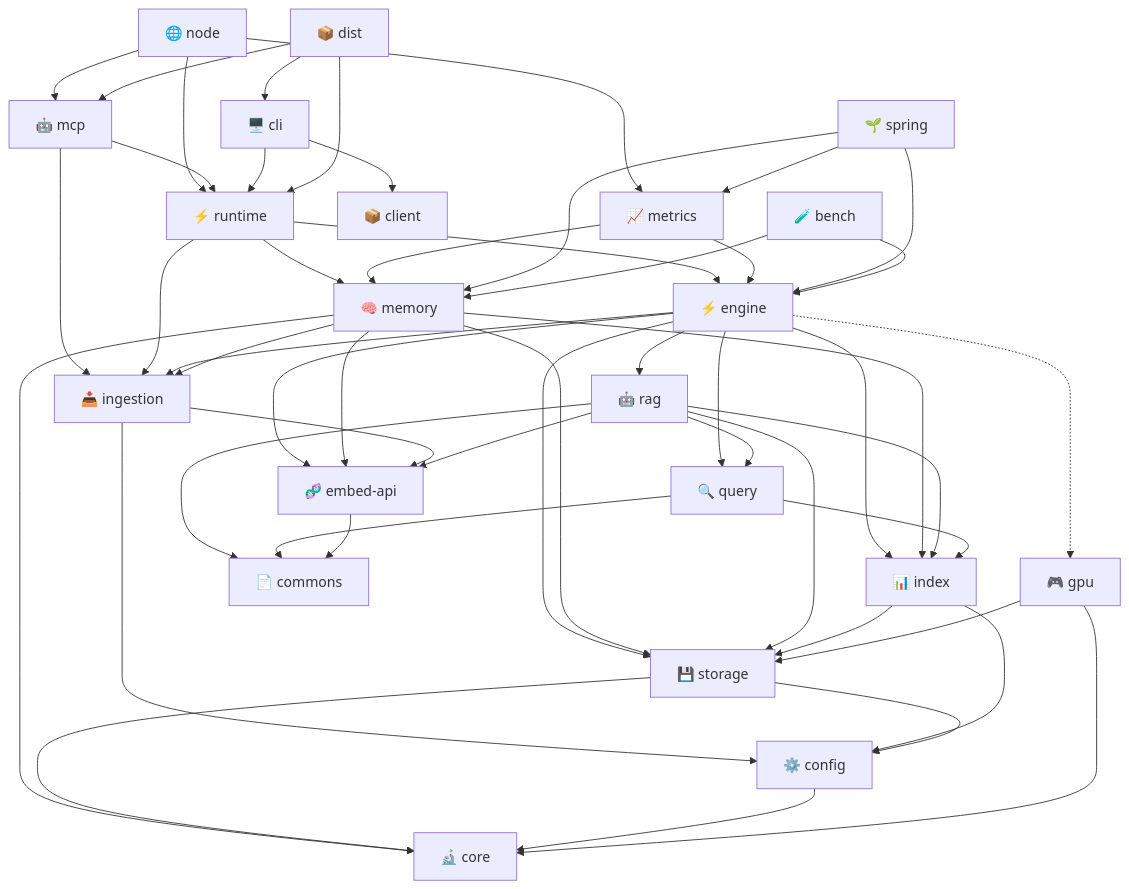
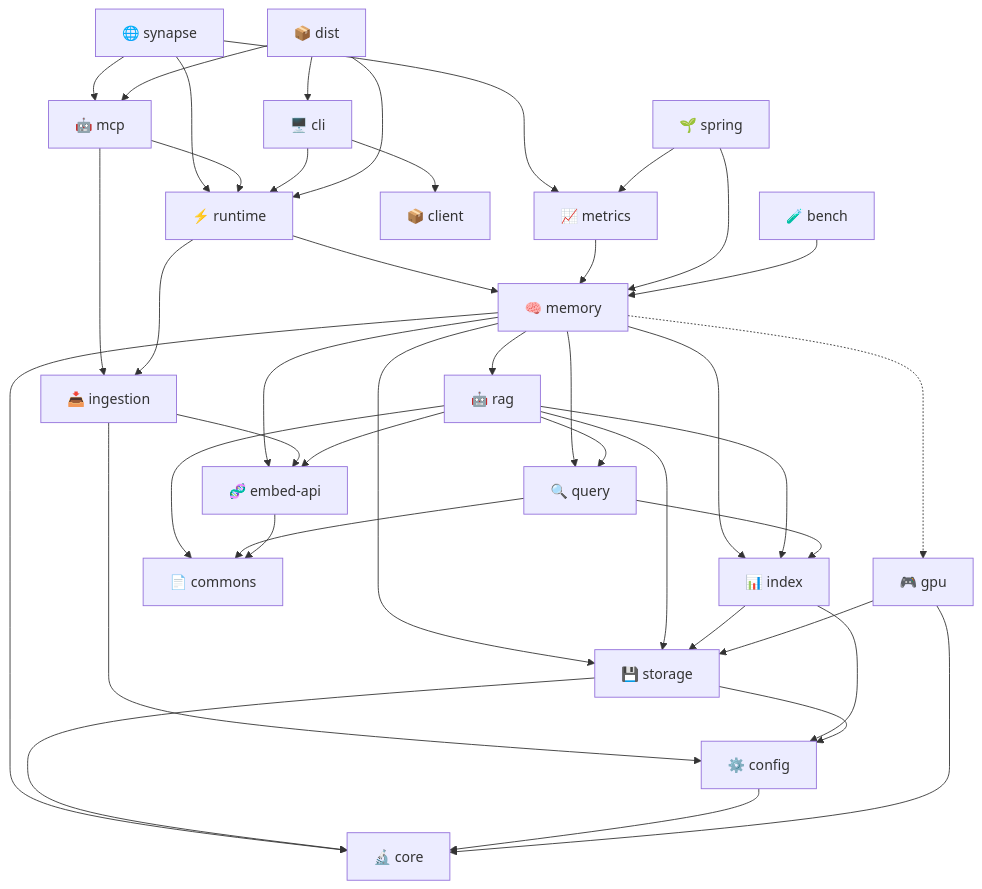
The seventh of 12 diagrams in docs/docs/architecture/overview.md (spectrayan/spector), drawn with Mermaid before and after one commit. The commit also changed other lines of this file and 1511 other files, not shown here.

First line of the commit message:
refactor: restructure repo into nucleus/, memory/, synapse/, cortex/, bench/ (#283) (#286)

````diff
--- a/docs/docs/architecture/overview.md
+++ b/docs/docs/architecture/overview.md
@@ -290,62 +328,52 @@
 ```mermaid
 graph TD
-    node["🌐 node"] --> runtime["⚡ runtime"]
-    node --> mcp["🤖 mcp"]
-    node --> metrics["📈 metrics"]
+    synapse["🌐 synapse"] --> runtime["⚡ runtime"]
+    synapse --> mcp["🤖 mcp"]
+    synapse --> metrics["📈 metrics"]
     mcp --> runtime
     mcp --> ingestion["📥 ingestion"]
     cli["🖥️ cli"] --> runtime
     cli --> client["📦 client"]
 
-    runtime --> engine["⚡ engine"]
     runtime --> memory["🧠 memory"]
     runtime --> ingestion
 
-    engine --> query["🔍 query"]
-    engine --> rag["🤖 rag"]
-    engine --> ingestion
-    engine --> index["📊 index"]
-    engine --> storage["💾 storage"]
-    engine --> embedapi["🧬 embed-api"]
-    engine -.-> gpu["🎮 gpu"]
-
-    memory --> index
-    memory --> storage
-    memory --> ingestion
-    memory --> embedapi
+    memory --> query["🔍 query"]
+    memory --> index["📊 index"]
+    memory --> storage["💾 storage"]
+    memory --> embedapi["🧬 embed-api"]
+    memory -.-> gpu["🎮 gpu"]
+    memory --> rag["🤖 rag"]
     memory --> core["🔬 core"]
 
-    metrics --> engine
     metrics --> memory
 
     ingestion --> config["⚙️ config"]
     ingestion --> embedapi
 
     rag --> query
     rag --> index
     rag --> storage
     rag --> embedapi
     rag --> commons["📄 commons"]
 
     query --> index
     query --> commons
     index --> storage
     index --> config
     storage --> config
     storage --> core
     config --> core
 
     embedapi --> commons
     gpu --> core
     gpu --> storage
 
     dist["📦 dist"] --> mcp
     dist --> cli
     dist --> runtime
 
-    spring["🌱 spring"] --> engine
-    spring --> memory
+    spring["🌱 spring"] --> memory
     spring --> metrics
-    bench["🧪 bench"] --> engine
-    bench --> memory
+    bench["🧪 bench"] --> memory
 ```
````
